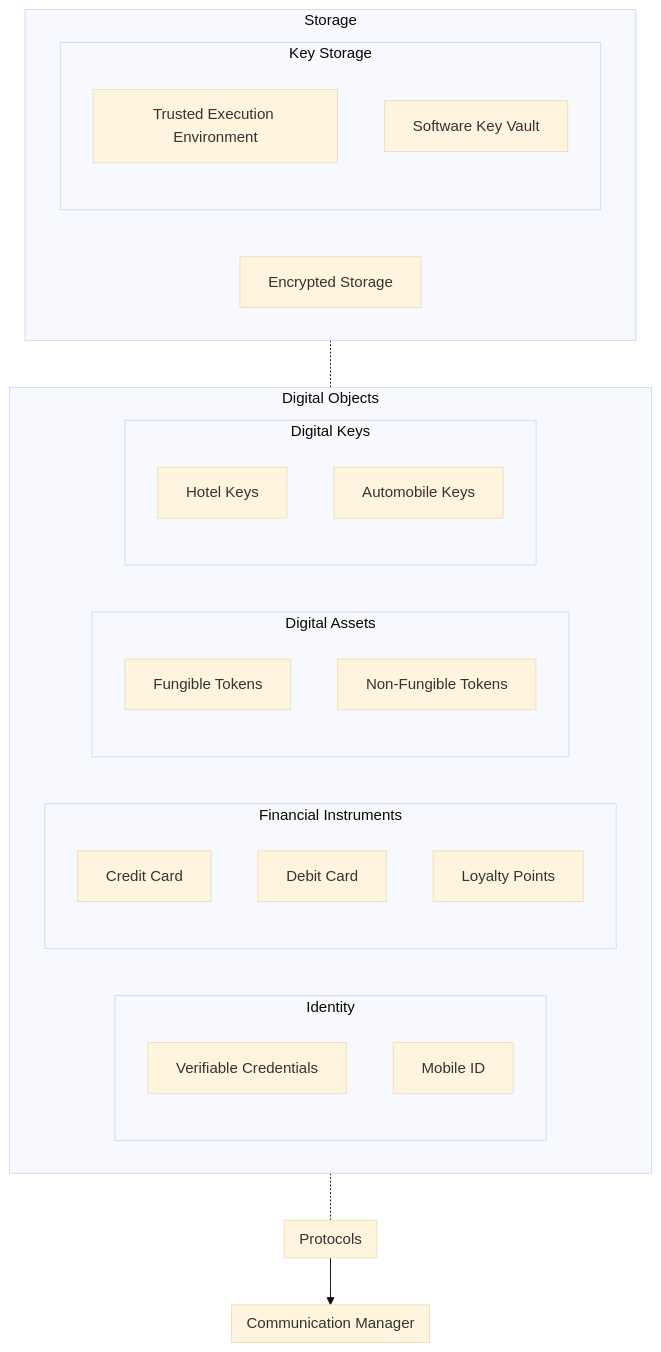
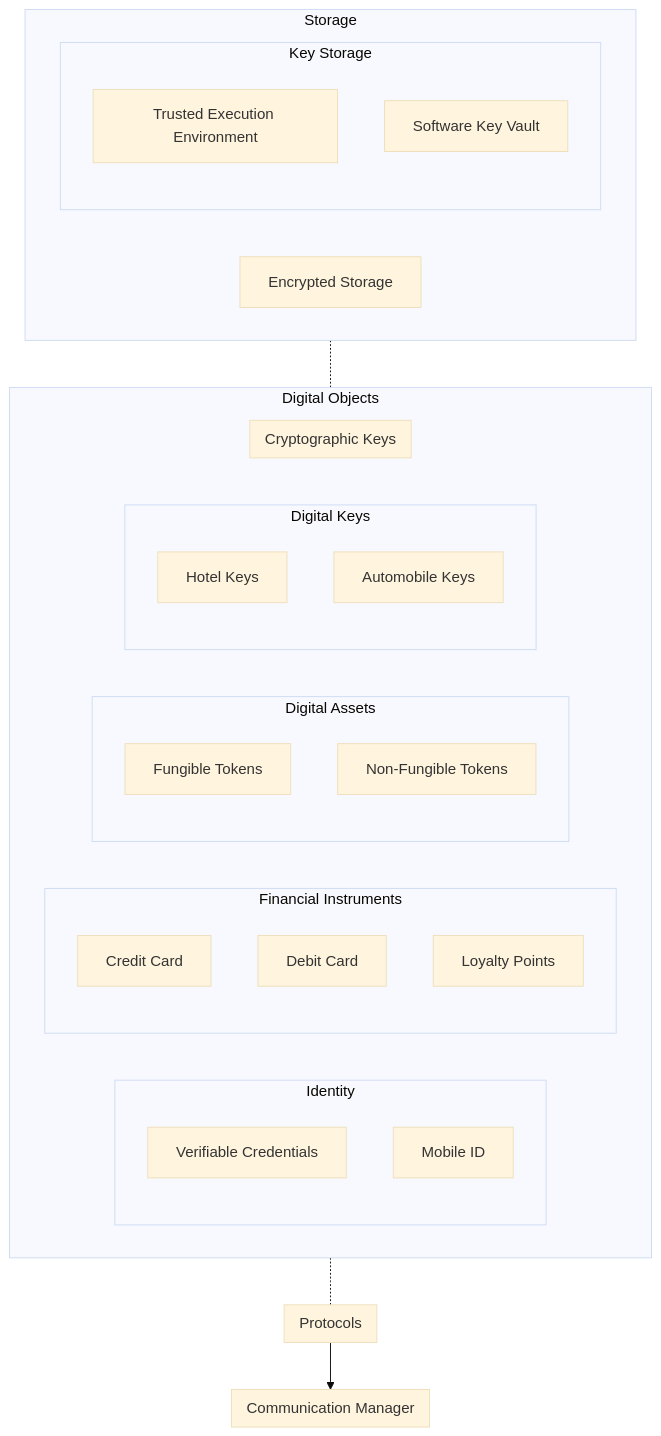
Before and after one commit to openwallet-foundation/architecture-sig: the diagram in README.md, drawn with Mermaid (base theme).

Commit message:
Add cryptographic keys

````diff
--- a/README.md
+++ b/README.md
@@ -5,35 +5,37 @@
 ```mermaid
 %%{ init: { 'flowchart': { 'curve': 'linear' } } }%%
 flowchart TD
   subgraph P[Protocols]
   end
   subgraph D[Digital Objects]
     subgraph I[Identity]
       VC[Verifiable Credentials]
       mID[Mobile ID]
     end
     subgraph F[Financial Instruments]
       CC[Credit Card]
       DC[Debit Card]
       LP[Loyalty Points]
     end
     subgraph DA[Digital Assets]
       FT[Fungible Tokens]
       NFT[Non-Fungible Tokens]
     end
     subgraph DK[Digital Keys]
       HK[Hotel Keys]
       AK[Automobile Keys]
     end
+    subgraph CK[Cryptographic Keys]
+    end
   end
   subgraph S[Storage]
     ES[Encrypted Storage]
     subgraph KS[Key Storage]
       TEE[Trusted Execution Environment]
       KV[Software Key Vault]
     end
   end
   subgraph C[Communication Manager]
   end
   S -.- D -.- P --> C
 ```
````
